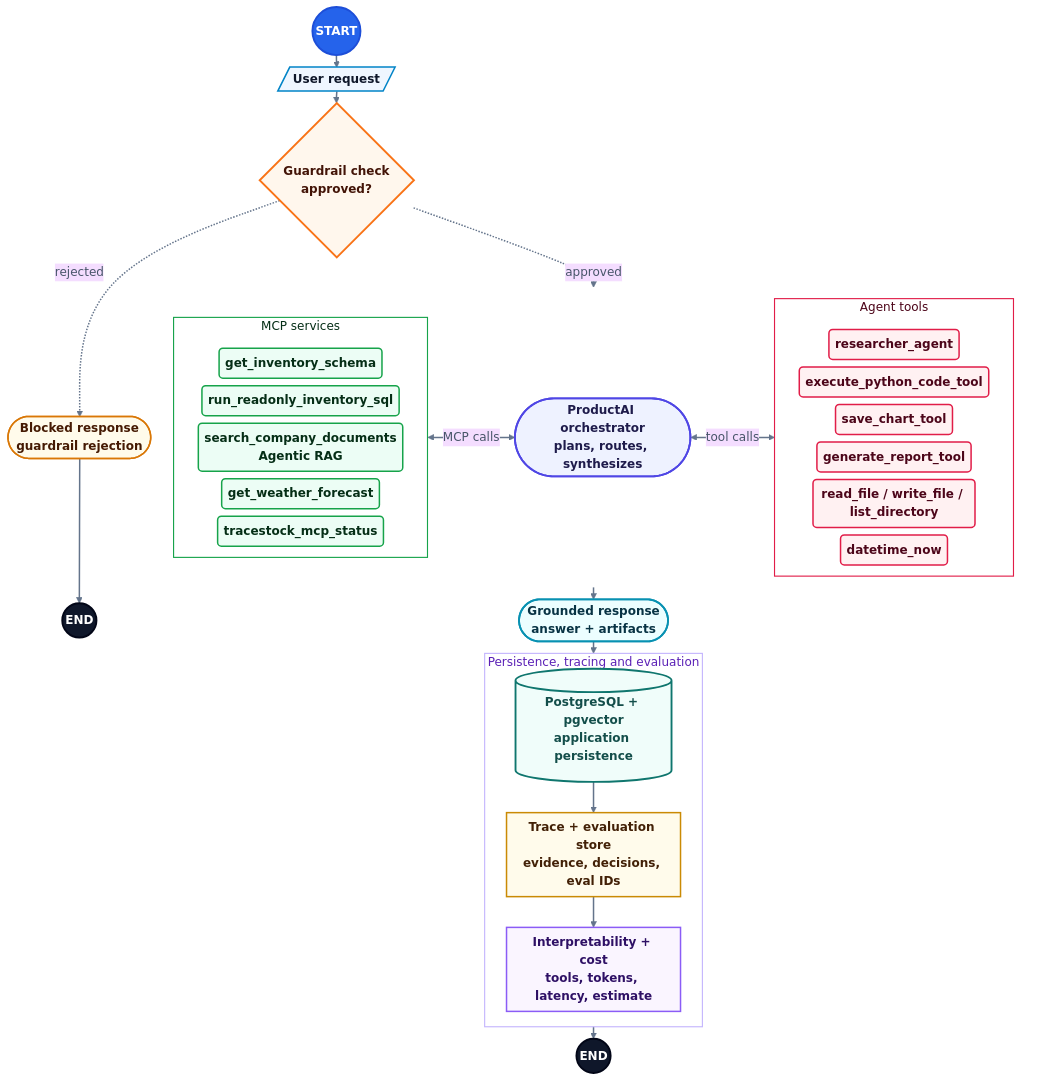
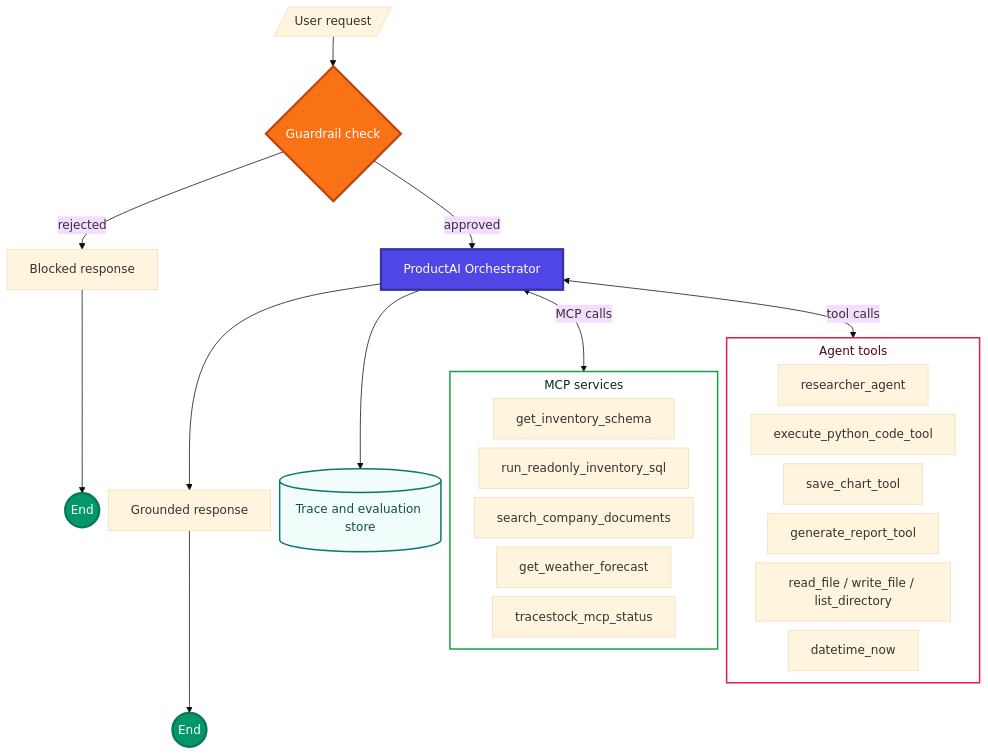
The first of 2 diagrams in README.md (badhon1512/DevAnalystAgent), drawn with Mermaid (base theme) before and after one commit. The commit also changed other lines of this file and 4 other files, not shown here.

First line of the commit message:
Simplify agent architecture graph

````diff
--- a/README.md
+++ b/README.md
@@ -78,81 +78,39 @@
 ```mermaid
-%%{init: {"flowchart": {"nodeSpacing": 10, "rankSpacing": 16, "padding": 8}}}%%
+%%{init: {"flowchart": {"nodeSpacing": 12, "rankSpacing": 40, "subGraphTitleMargin": {"top": 6, "bottom": 14}}}}%%
 flowchart TB
-    start(("START")):::startstate
-    user[/"User request"/]:::entry
-    guardrails{"Guardrail check<br/>approved?"}:::condition
-    blocked(["Blocked response<br/>guardrail rejection"]):::guardrail
-    end_blocked(("END")):::endstate
-    orchestrator(["ProductAI orchestrator<br/>plans, routes, synthesizes"]):::agent
-    answer(["Grounded response<br/>answer + artifacts"]):::answer
-    end_main(("END")):::endstate
+    USER[/User request/] --> GUARD{Guardrail check}
+    GUARD -->|rejected| BLOCKED[Blocked response] --> ENDB((End))
+    GUARD -->|approved| O[ProductAI Orchestrator]
 
-    start --> user --> guardrails
-    guardrails -. rejected .-> blocked --> end_blocked
-    guardrails -. approved .-> orchestrator
+    O <-->|MCP calls| MCP
+    O <-->|tool calls| TOOLS
 
-    subgraph orchestration_band[" "]
-        direction LR
-        subgraph mcp_group["MCP services"]
-            direction LR
-            mcp_title_gap[" "]:::spacer
-            mcp_schema("get_inventory_schema"):::mcp
-            mcp_sql("run_readonly_inventory_sql"):::mcp
-            mcp_docs("search_company_documents<br/>Agentic RAG"):::mcp
-            mcp_weather("get_weather_forecast"):::mcp
-            mcp_status("tracestock_mcp_status"):::mcp
-        end
-        subgraph tool_group["Agent tools"]
-            direction LR
-            tool_title_gap[" "]:::spacer
-            tool_research("researcher_agent"):::analysis
-            tool_python("execute_python_code_tool"):::analysis
-            tool_chart("save_chart_tool"):::analysis
-            tool_report("generate_report_tool"):::analysis
-            tool_files("read_file / write_file / list_directory"):::analysis
-            tool_dt("datetime_now"):::analysis
-        end
-        mcp_group <-->|MCP calls| orchestrator
-        orchestrator <-->|tool calls| tool_group
+    subgraph MCP[MCP services]
+        M1[get_inventory_schema]
+        M2[run_readonly_inventory_sql]
+        M3[search_company_documents]
+        M4[get_weather_forecast]
+        M5[tracestock_mcp_status]
     end
 
-    orchestrator --> answer
-
-    subgraph observability_layer["Persistence, tracing and evaluation"]
-        direction TB
-        postgres[("PostgreSQL + pgvector<br/>application persistence")]:::database
-        trace_store["Trace + evaluation store<br/>evidence, decisions, eval IDs"]:::utility
-        telemetry["Interpretability + cost<br/>tools, tokens, latency, estimate"]:::observability
-
-        postgres --> trace_store
-        trace_store --> telemetry
+    subgraph TOOLS[Agent tools]
+        T1[researcher_agent]
+        T2[execute_python_code_tool]
+        T3[save_chart_tool]
+        T4[generate_report_tool]
+        T5[read_file / write_file / list_directory]
+        T6[datetime_now]
     end
 
-    answer --> postgres
-    telemetry --> end_main
+    O --> ANSWER[Grounded response]
+    ANSWER --> ENDM((End))
+    O --> DB[(Trace and evaluation store)]
 
-    classDef startstate fill:#2563eb,stroke:#1d4ed8,color:#ffffff,stroke-width:2.5px,font-weight:700
-    classDef endstate fill:#0f172a,stroke:#020617,color:#ffffff,stroke-width:2.5px,font-weight:700
-    classDef entry fill:#eff6ff,stroke:#0284c7,color:#0f172a,stroke-width:2px,font-weight:600
-    classDef condition fill:#fff7ed,stroke:#f97316,color:#431407,stroke-width:2.5px,font-weight:600
-    classDef guardrail fill:#fffbeb,stroke:#d97706,color:#451a03,stroke-width:2px,font-weight:600
-    classDef agent fill:#eef2ff,stroke:#4f46e5,color:#1e1b4b,stroke-width:2.5px,font-weight:700
-    classDef answer fill:#ecfeff,stroke:#0891b2,color:#083344,stroke-width:2.5px,font-weight:700
-    classDef router fill:#f1f5f9,stroke:#475569,color:#0f172a,stroke-width:2px,font-weight:600
-    classDef result fill:#f0fdfa,stroke:#0f766e,color:#134e4a,stroke-width:2.2px,font-weight:700
-    classDef mcp fill:#ecfdf5,stroke:#16a34a,color:#052e16,stroke-width:2px,font-weight:600
-    classDef rag fill:#f8fafc,stroke:#0ea5e9,color:#0c4a6e,stroke-width:2px,font-weight:600
-    classDef research fill:#faf5ff,stroke:#9333ea,color:#3b0764,stroke-width:2px,font-weight:600
-    classDef analysis fill:#fff1f2,stroke:#e11d48,color:#4c0519,stroke-width:2px,font-weight:600
-    classDef files fill:#eff6ff,stroke:#0284c7,color:#082f49,stroke-width:2px,font-weight:600
-    classDef database fill:#f0fdfa,stroke:#0f766e,color:#134e4a,stroke-width:2.5px,font-weight:600
-    classDef utility fill:#fffbeb,stroke:#ca8a04,color:#422006,stroke-width:2px,font-weight:600
-    classDef observability fill:#faf5ff,stroke:#8b5cf6,color:#2e1065,stroke-width:2px,font-weight:600
-    classDef spacer fill:none,stroke:none,color:#00000000
-
-    style orchestration_band fill:transparent,stroke:transparent,color:transparent
-    style mcp_group fill:transparent,stroke:#16a34a,stroke-width:1.5px,color:#052e16
-    style tool_group fill:transparent,stroke:#e11d48,stroke-width:1.5px,color:#4c0519
-    style observability_layer fill:transparent,stroke:#c4b5fd,stroke-width:1.5px,color:#5b21b6
-    linkStyle default stroke:#64748b,stroke-width:2px,color:#475569
+    style GUARD fill:#F97316,color:#ffffff,stroke:#C2410C,stroke-width:3px
+    style O fill:#4F46E5,color:#ffffff,stroke:#3730A3,stroke-width:3px
+    style ENDB fill:#059669,color:#ffffff,stroke:#047857,stroke-width:3px
+    style ENDM fill:#059669,color:#ffffff,stroke:#047857,stroke-width:3px
+    style DB fill:#F0FDFA,color:#134E4A,stroke:#0F766E,stroke-width:2px
+    style MCP fill:transparent,stroke:#16A34A,stroke-width:2px,color:#052E16
+    style TOOLS fill:transparent,stroke:#E11D48,stroke-width:2px,color:#4C0519
 ```
````
